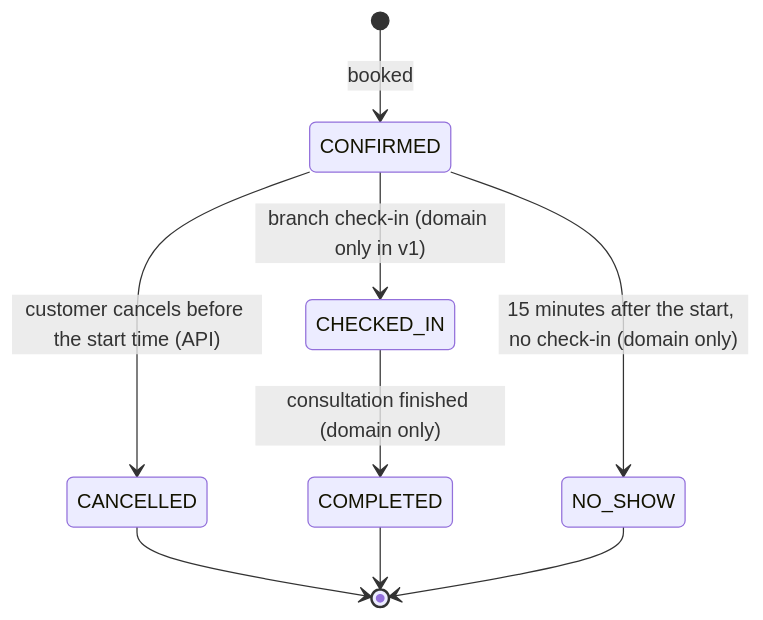
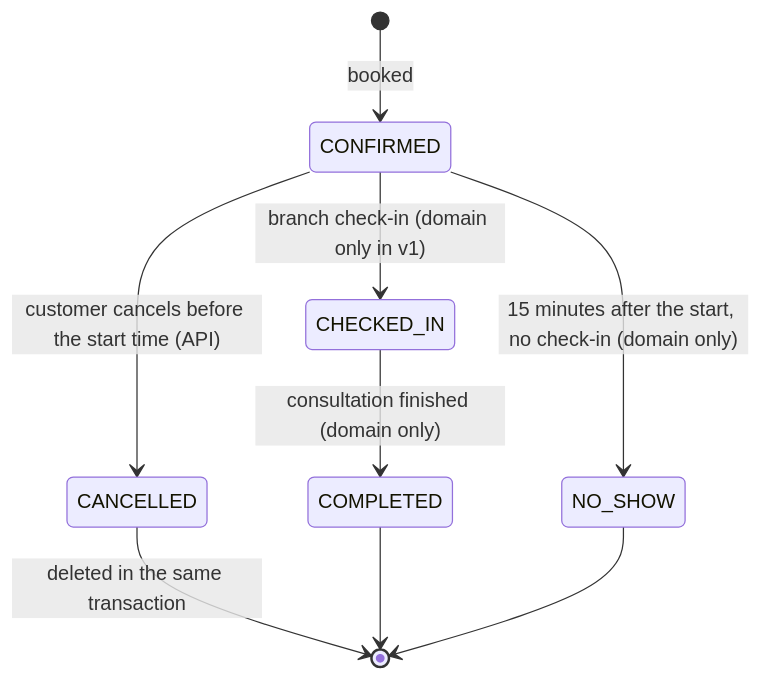
Before and after one commit to KatlehoKomeke/Appointment-Booking-System: the fifth of 5 diagrams in docs/architecture.md, drawn with Mermaid. The commit also changed other lines of this file and 27 other files, not shown here.

````diff
--- a/docs/architecture.md
+++ b/docs/architecture.md
@@ -328,11 +343,11 @@
 ```mermaid
 stateDiagram-v2
     [*] --> CONFIRMED: booked
     CONFIRMED --> CANCELLED: customer cancels before the start time (API)
     CONFIRMED --> CHECKED_IN: branch check-in (domain only in v1)
     CHECKED_IN --> COMPLETED: consultation finished (domain only)
     CONFIRMED --> NO_SHOW: 15 minutes after the start, no check-in (domain only)
-    CANCELLED --> [*]
+    CANCELLED --> [*]: deleted in the same transaction
     COMPLETED --> [*]
     NO_SHOW --> [*]
 ```
````
